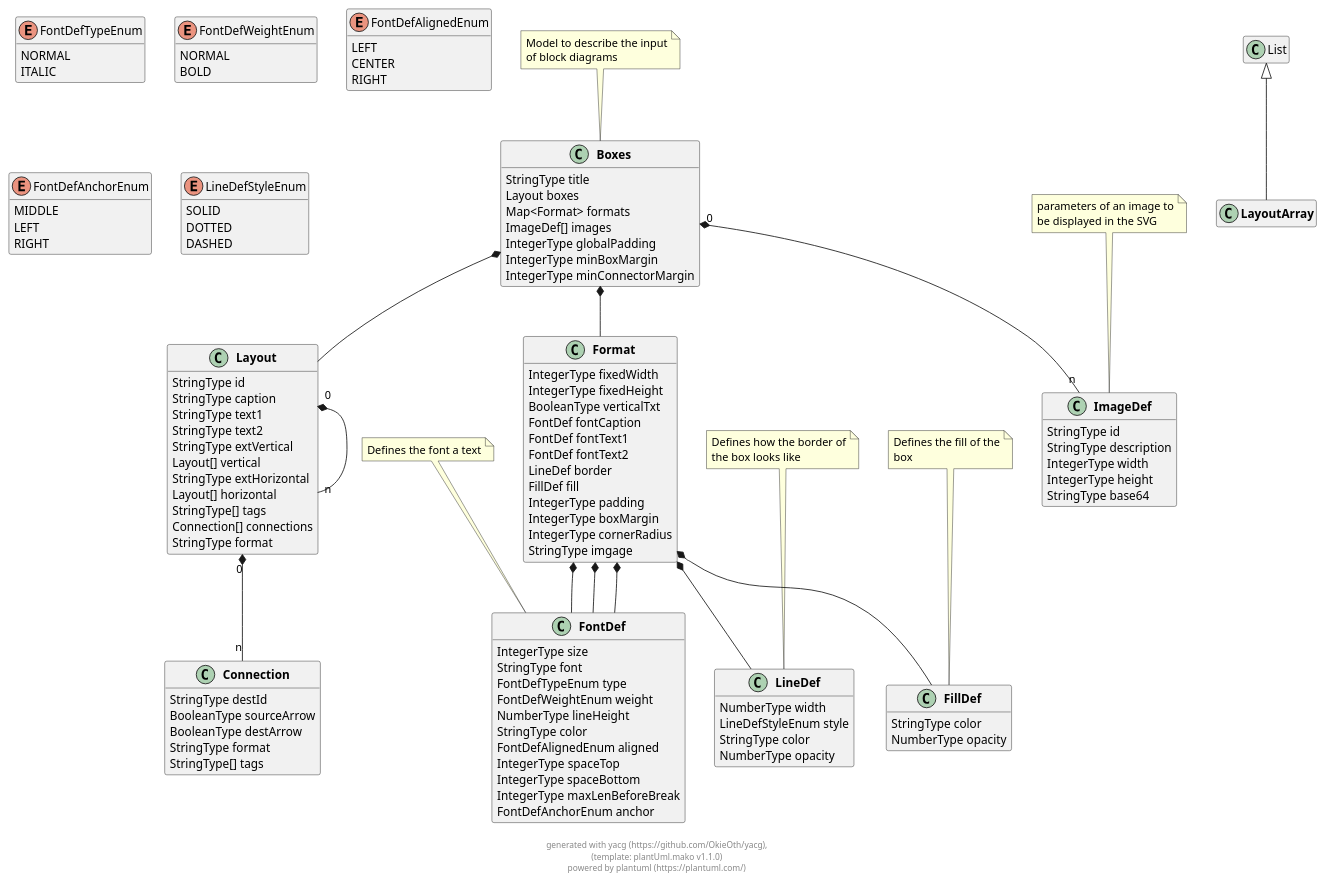
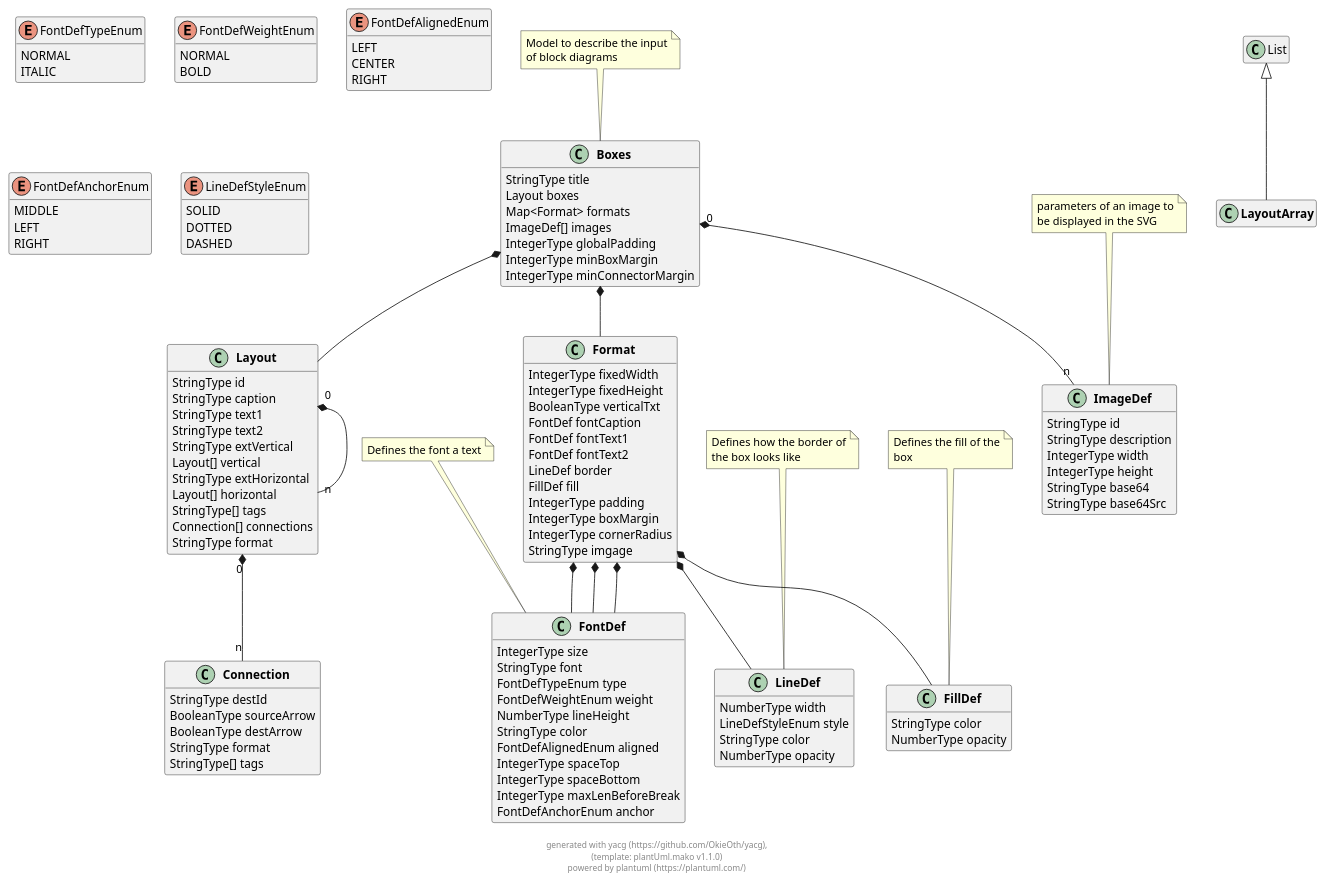
Before and after one commit to OkieOth/draw.chart.things: the diagram in docs/models/puml/boxes.puml, drawn with PlantUML. The commit also changed 31 other files, not shown here.

```diff
--- a/docs/models/puml/boxes.puml
+++ b/docs/models/puml/boxes.puml
@@ -133,6 +133,7 @@
         IntegerType width
         IntegerType height
         StringType base64
+        StringType base64Src
 }
 note top: parameters of an image to\nbe displayed in the SVG
 
@@ -222,5 +223,6 @@
 
 
 
+
 footer \ngenerated with yacg (https://github.com/OkieOth/yacg),\n(template: plantUml.mako v1.1.0)\npowered by plantuml (https://plantuml.com/)
 @enduml
```
